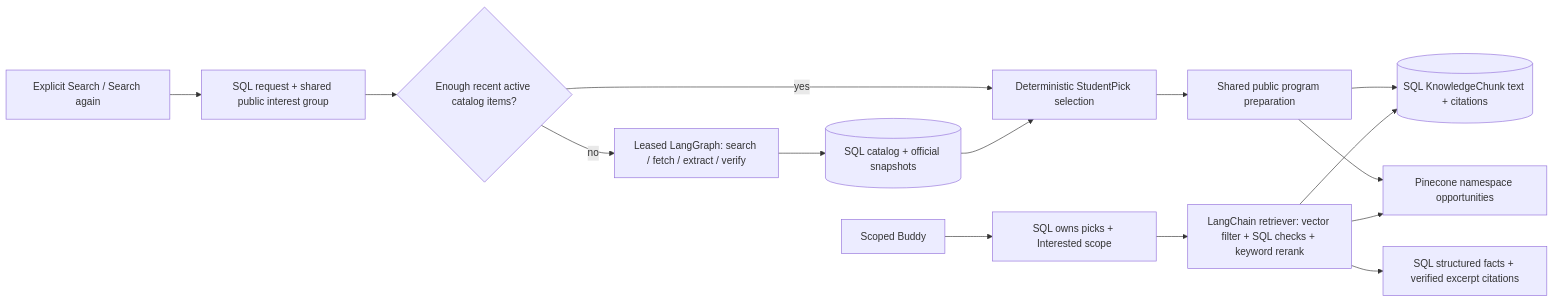
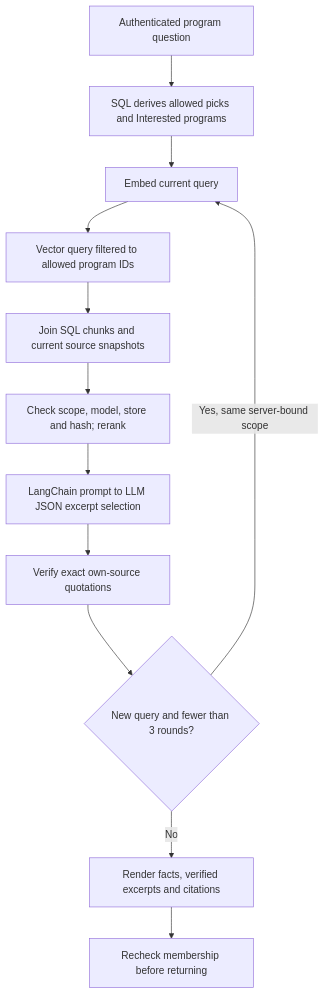
One commit to vgajula-gh/Pathway-ai changed the fourth of 5 diagrams in docs/04-ARCHITECTURE.md. Above: the diagram before and after it, drawn with Mermaid. The commit also changed other lines of this file and 5 other files, not shown here.

Commit message:
Document released product and end-to-end agentic architecture

````diff
--- a/docs/04-ARCHITECTURE.md
+++ b/docs/04-ARCHITECTURE.md
@@ -107,17 +235,14 @@
 ```mermaid
-flowchart LR
-  E[Explicit Search / Search again] --> Q[SQL request + shared public interest group]
-  Q --> C{Enough recent active catalog items?}
-  C -->|yes| P[Deterministic StudentPick selection]
-  C -->|no| G[Leased LangGraph: search / fetch / extract / verify]
-  G --> S[(SQL catalog + official snapshots)]
-  S --> P
-  P --> K[Shared public program preparation]
-  K --> D[(SQL KnowledgeChunk text + citations)]
-  K --> V[Pinecone namespace opportunities]
-  B[Scoped Buddy] --> A[SQL owns picks + Interested scope]
-  A --> R[LangChain retriever: vector filter + SQL checks + keyword rerank]
-  R --> V
-  R --> D
-  R --> F[SQL structured facts + verified excerpt citations]
+flowchart TB
+    Student[Authenticated program question] --> Scope[SQL derives allowed picks and Interested programs]
+    Scope --> Embed[Embed current query]
+    Embed --> Vector[Vector query filtered to allowed program IDs]
+    Vector --> Join[Join SQL chunks and current source snapshots]
+    Join --> Rank[Check scope, model, store and hash; rerank]
+    Rank --> Draft[LangChain prompt to LLM JSON excerpt selection]
+    Draft --> Verify[Verify exact own-source quotations]
+    Verify --> More{New query and fewer than 3 rounds?}
+    More -->|Yes, same server-bound scope| Embed
+    More -->|No| Reply[Render facts, verified excerpts and citations]
+    Reply --> Recheck[Recheck membership before returning]
 ```
````
